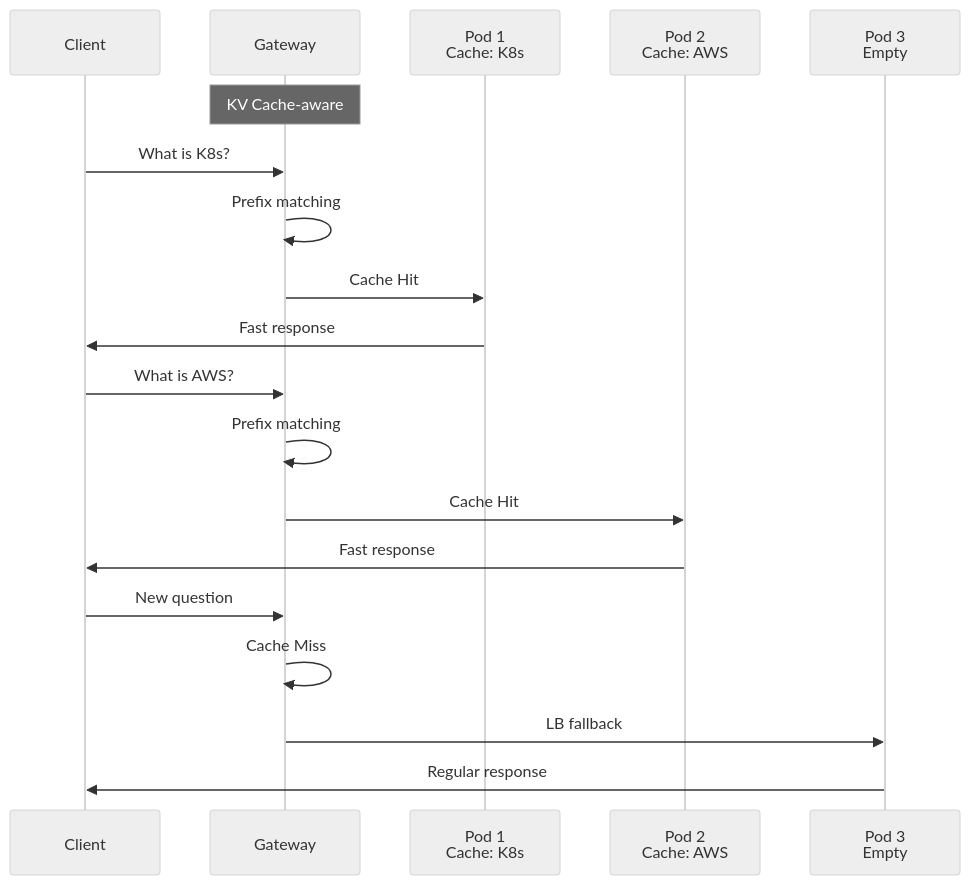
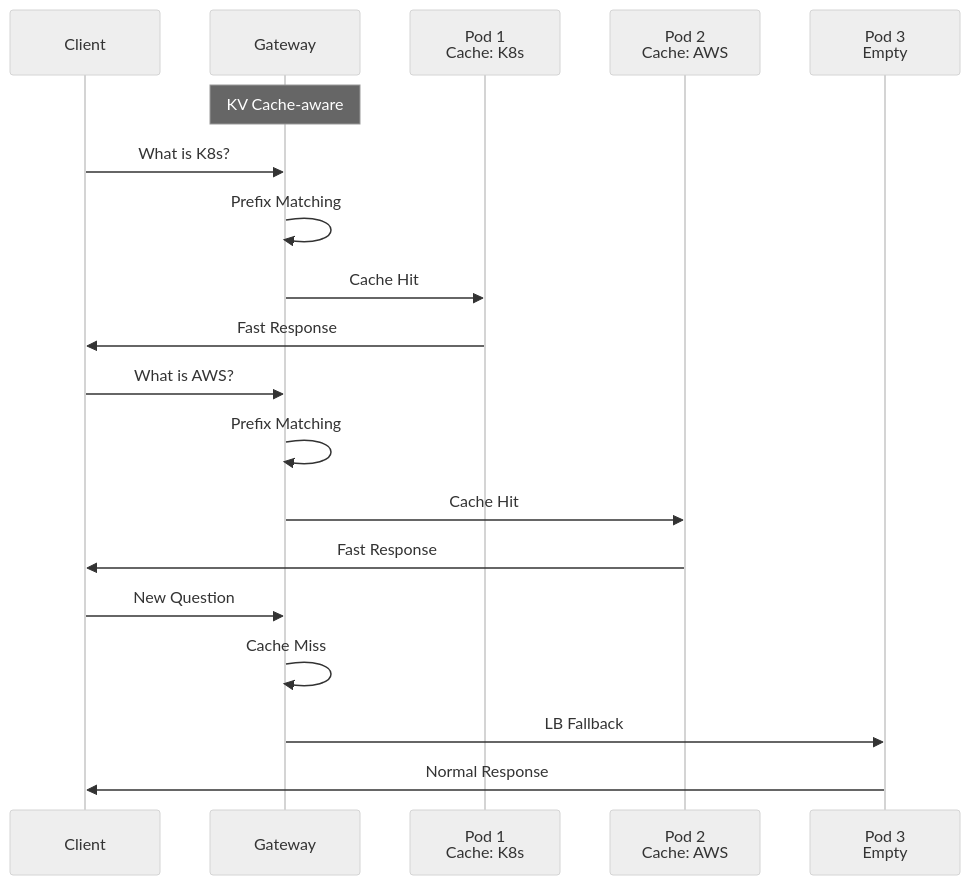
Before and after one commit to devfloor9/engineering-playbook: the second of 4 diagrams in i18n/en/docusaurus-plugin-content-docs/current/agentic-ai-platform/model-serving/llm-d-eks-automode.md, drawn with Mermaid (neutral theme). The commit also changed other lines of this file and 95 other files, not shown here.

````diff
--- a/i18n/en/docusaurus-plugin-content-docs/current/agentic-ai-platform/model-serving/llm-d-eks-automode.md
+++ b/i18n/en/docusaurus-plugin-content-docs/current/agentic-ai-platform/model-serving/llm-d-eks-automode.md
@@ -631,25 +130,25 @@
 ```mermaid
 sequenceDiagram
     participant C as Client
     participant GW as Gateway
     participant P1 as Pod 1<br/>Cache: K8s
     participant P2 as Pod 2<br/>Cache: AWS
     participant P3 as Pod 3<br/>Empty
 
     Note over GW: KV Cache-aware
 
     C->>GW: What is K8s?
-    GW->>GW: Prefix matching
+    GW->>GW: Prefix Matching
     GW->>P1: Cache Hit
-    P1->>C: Fast response
+    P1->>C: Fast Response
 
     C->>GW: What is AWS?
-    GW->>GW: Prefix matching
+    GW->>GW: Prefix Matching
     GW->>P2: Cache Hit
-    P2->>C: Fast response
+    P2->>C: Fast Response
 
-    C->>GW: New question
+    C->>GW: New Question
     GW->>GW: Cache Miss
-    GW->>P3: LB fallback
-    P3->>C: Regular response
+    GW->>P3: LB Fallback
+    P3->>C: Normal Response
 ```
````
